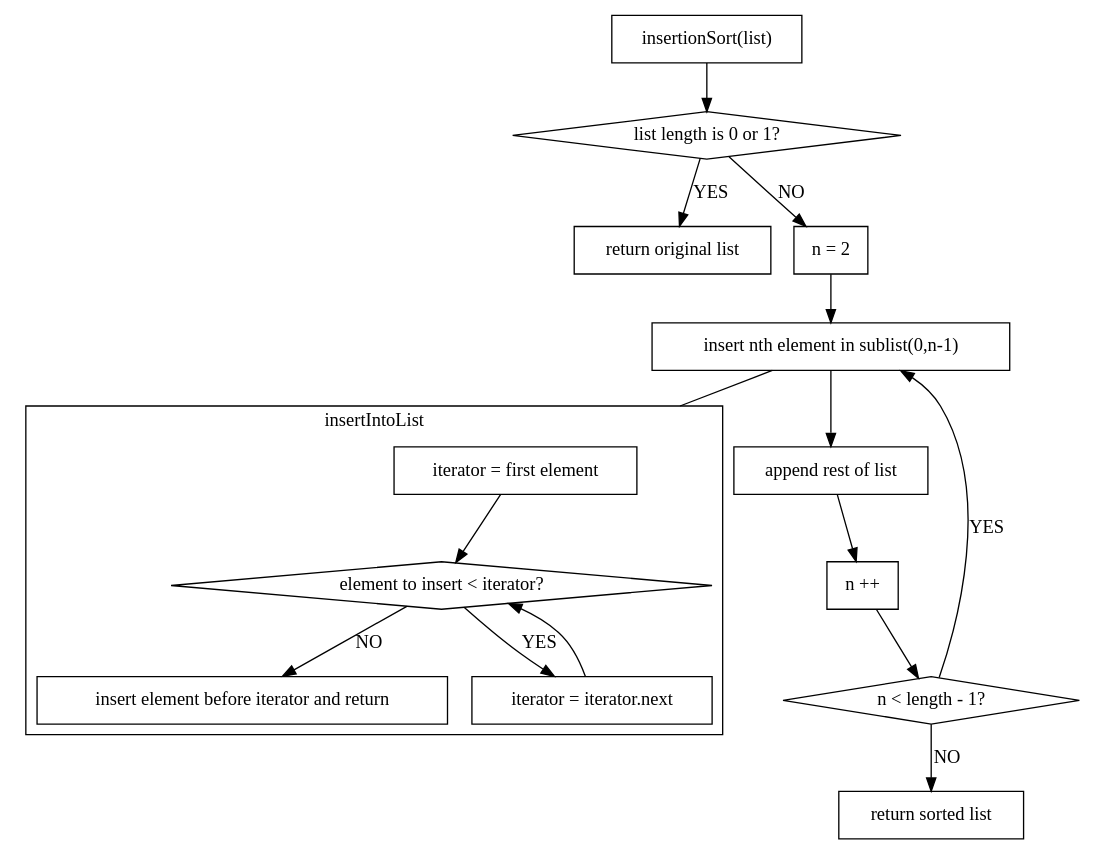
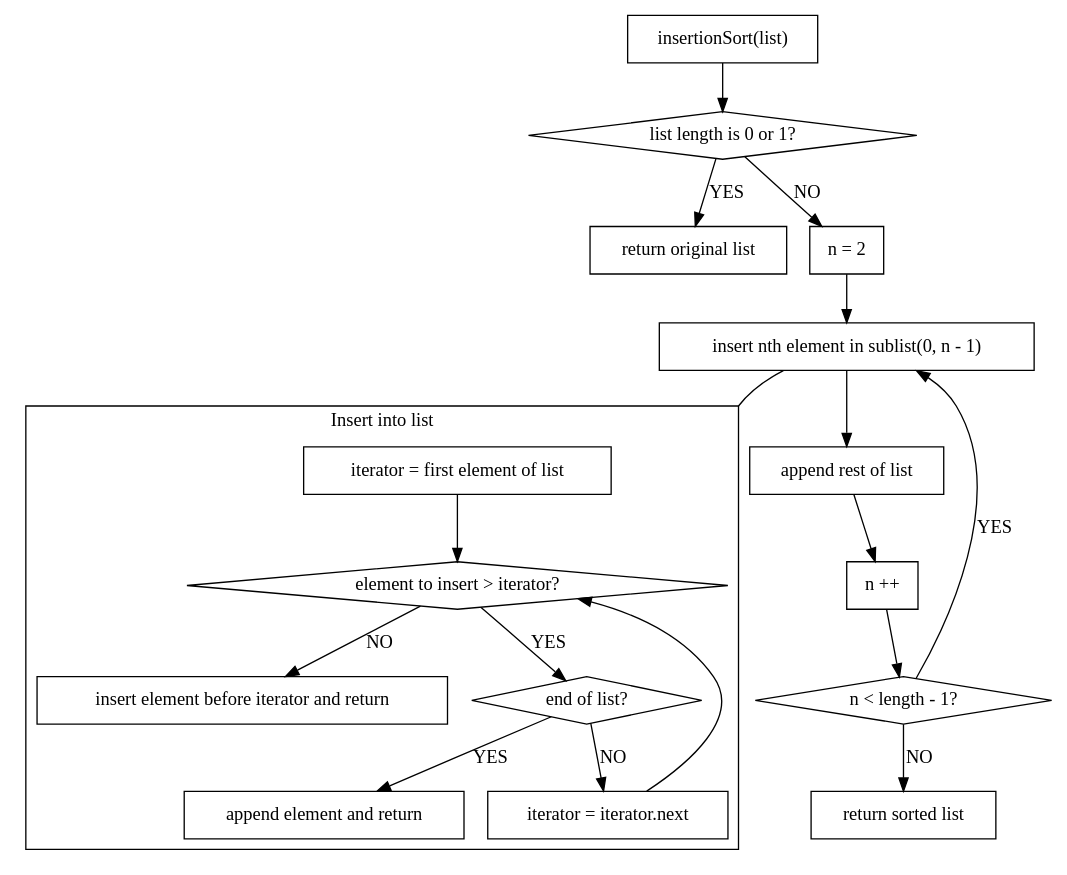
One commit to hugoppp-uni/Algorithmen-und-Datenstrukturen changed the diagram in doc/aufg2/graphViz/insertionSort.gv. Above: the diagram before and after it, drawn with Graphviz.

Commit message:
Improve InsertionSort graph

```diff
--- a/doc/aufg2/graphViz/insertionSort.gv
+++ b/doc/aufg2/graphViz/insertionSort.gv
@@ -1,38 +1,40 @@
 digraph Q {
-
     node [shape = box];
     compound = true;
 
     s1 [label = "insertionSort(list)"]
     s1 -> d1
     d1 [label = "list length is 0 or 1?" shape = diamond]
     d1 -> "return original list" [label = "YES"];
     d1 -> s2 [label = "NO"];
     s2 [label = "n = 2"];
     s2 -> s33
-    s33 [label = "insert nth element in sublist(0,n-1) "];
+    s33 [label = "insert nth element in sublist(0, n - 1) "];
     s33 -> s3
-    s33 -> cBegin [arrowhead=none, lhead=cluster1]
+    s33 -> cluster1Connector [arrowhead = none, lhead = cluster1]
     s3 [label = "append rest of list"]
     s3 -> s4
     s4 [label = "n ++"];
     s4 -> d2
     d2 [label = "n < length - 1?" shape = diamond];
     d2 -> s33 [label = "YES"];
     d2 -> "return sorted list" [label = "NO"];
 
     subgraph cluster1 {
-        label = "insertIntoList"
-        cBegin [label = "iterator = first element"];
+        node [shape = box];
+        label = "Insert into list"
+        cluster1Connector [shape = point style = invis]
+        cBegin [label = "iterator = first element of list "];
         cBegin -> cd1
-        cd1 [label = "element to insert < iterator?" shape = diamond] ;
+        cd1 [label = "element to insert > iterator?" shape = diamond];
         cd1 -> cs1 [label = "NO"];
-        cd1 -> cs2 [label = "YES"];
-        cs1 [label = "insert element before iterator and return" shape = box];
-        cs2 [label = "iterator = iterator.next" shape = box];
+        cd1 -> cd2 [label = "YES"];
+        cs1 [label = "insert element before iterator and return"];
+        cs2 [label = "iterator = iterator.next"];
         cs2 -> cd1
-
+        cd2 [label = "end of list?" shape = diamond];
+        cd2 -> appendAndReturn [label = "YES"];
+        cd2 -> cs2 [label = "NO"];
+        appendAndReturn [label = "append element and return"]
     }
-
-
 }
```
